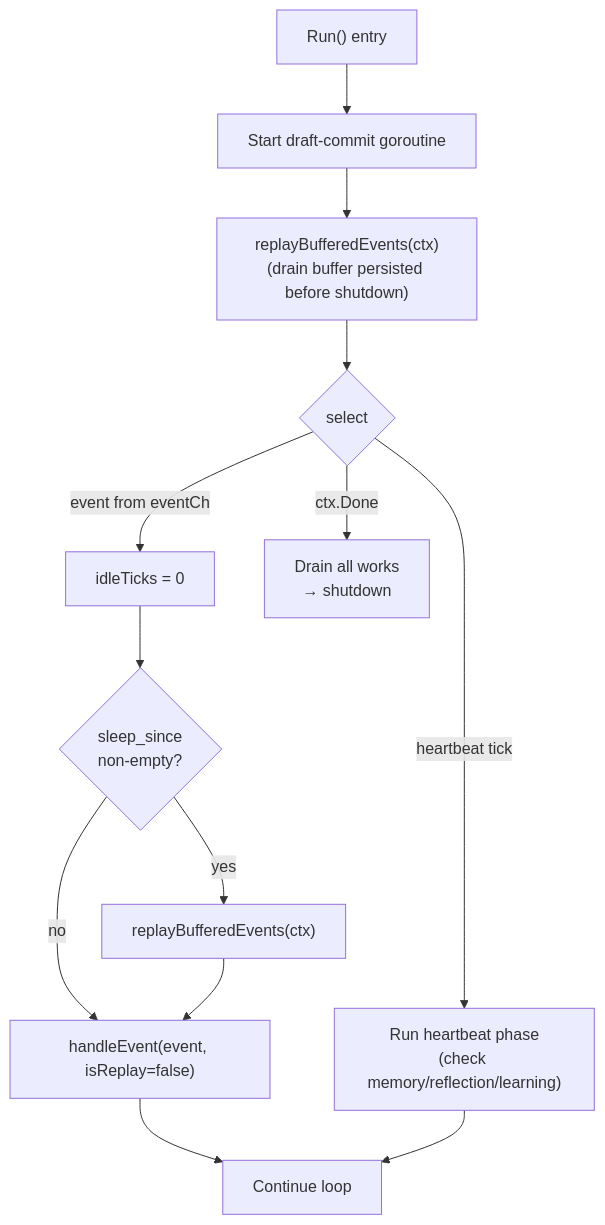
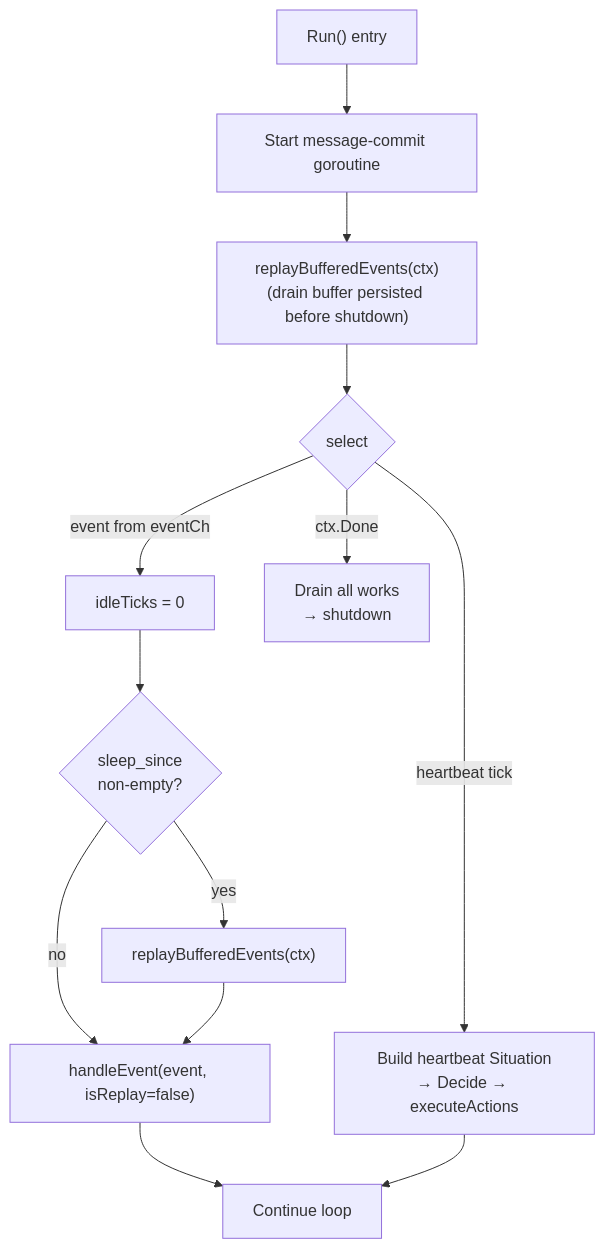
The second of 10 diagrams in doc/engineering_implements/agent-runtime-event-loop.md (KoanJan/qingqiu-world), drawn with Mermaid before and after one commit. The commit also changed other lines of this file and 32 other files, not shown here.

````diff
--- a/doc/engineering_implements/agent-runtime-event-loop.md
+++ b/doc/engineering_implements/agent-runtime-event-loop.md
@@ -76,18 +102,18 @@
 ```mermaid
 flowchart TD
-    Start["Run() entry"] --> DraftGoroutine["Start draft-commit goroutine"]
-    DraftGoroutine --> StartupReplay["replayBufferedEvents(ctx)<br/>(drain buffer persisted before shutdown)"]
+    Start["Run() entry"] --> MsgGoroutine["Start message-commit goroutine"]
+    MsgGoroutine --> StartupReplay["replayBufferedEvents(ctx)<br/>(drain buffer persisted before shutdown)"]
     StartupReplay --> Select{"select"}
 
     Select -->|event from eventCh| ResetIdle["idleTicks = 0"]
     ResetIdle --> WakeCheck{"sleep_since<br/>non-empty?"}
     WakeCheck -->|yes| Replay["replayBufferedEvents(ctx)"]
     WakeCheck -->|no| HandleEvent["handleEvent(event, isReplay=false)"]
     Replay --> HandleEvent
     HandleEvent --> LoopContinue["Continue loop"]
 
-    Select -->|heartbeat tick| HBPhase["Run heartbeat phase<br/>(check memory/reflection/learning)"]
+    Select -->|heartbeat tick| HBPhase["Build heartbeat Situation<br/>→ Decide → executeActions"]
     HBPhase --> LoopContinue
 
     Select -->|ctx.Done| Drain["Drain all works<br/>→ shutdown"]
 ```
````
